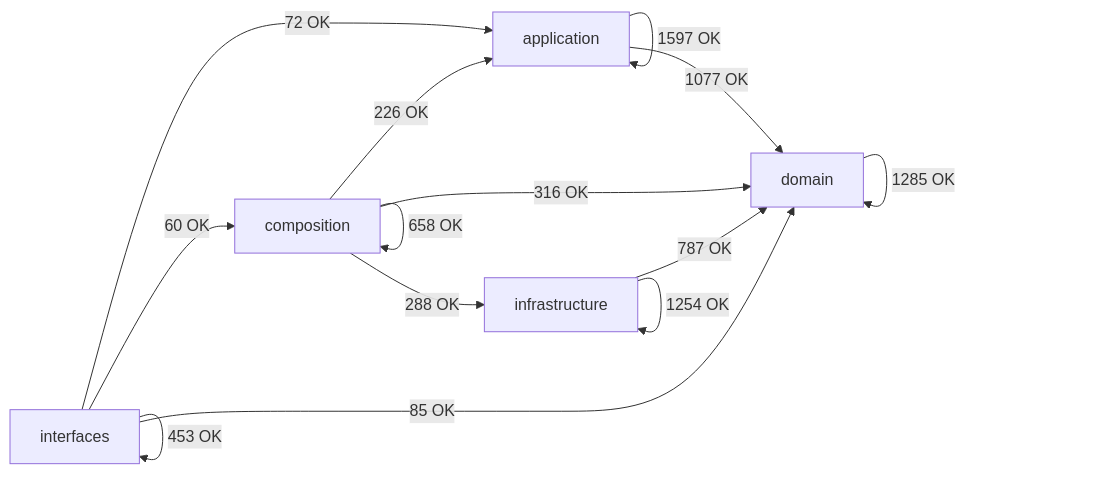
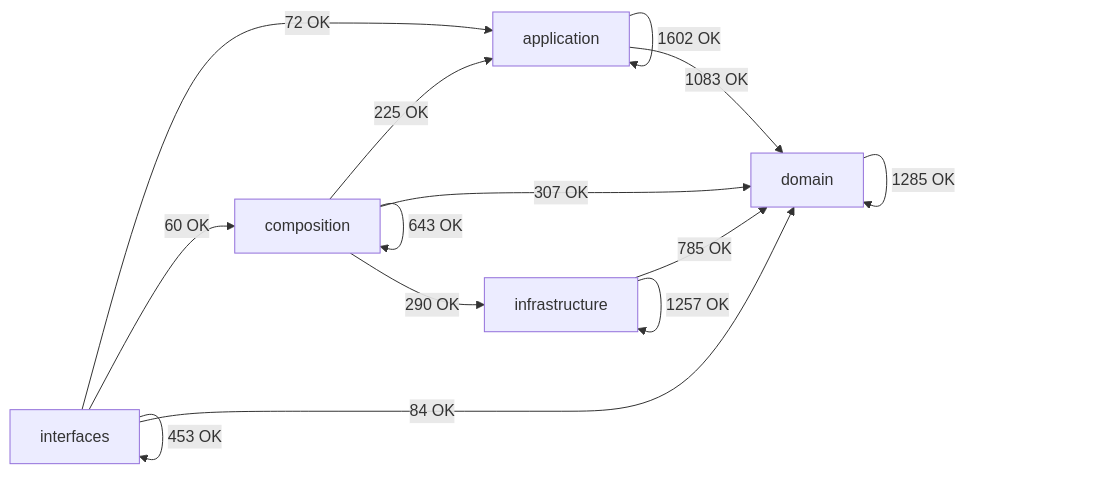
The diagram in docs/02-architecture/generated/module-dependency-map.md (SatoryKono/BioactivityDataAcquisition), drawn with Mermaid before and after one commit. The commit also changed other lines of this file and 611 other files, not shown here.

Commit message:
fix(quality): complete architecture and coverage closeout implementation

````diff
--- a/docs/02-architecture/generated/module-dependency-map.md
+++ b/docs/02-architecture/generated/module-dependency-map.md
@@ -17,21 +17,21 @@
 ```mermaid
 flowchart LR
     domain[domain]
     application[application]
     infrastructure[infrastructure]
     composition[composition]
     interfaces[interfaces]
-    application -->|1597 OK| application
-    application -->|1077 OK| domain
-    composition -->|226 OK| application
-    composition -->|658 OK| composition
-    composition -->|316 OK| domain
-    composition -->|288 OK| infrastructure
+    application -->|1602 OK| application
+    application -->|1083 OK| domain
+    composition -->|225 OK| application
+    composition -->|643 OK| composition
+    composition -->|307 OK| domain
+    composition -->|290 OK| infrastructure
     domain -->|1285 OK| domain
-    infrastructure -->|787 OK| domain
-    infrastructure -->|1254 OK| infrastructure
+    infrastructure -->|785 OK| domain
+    infrastructure -->|1257 OK| infrastructure
     interfaces -->|72 OK| application
     interfaces -->|60 OK| composition
-    interfaces -->|85 OK| domain
+    interfaces -->|84 OK| domain
     interfaces -->|453 OK| interfaces
 ```
````
